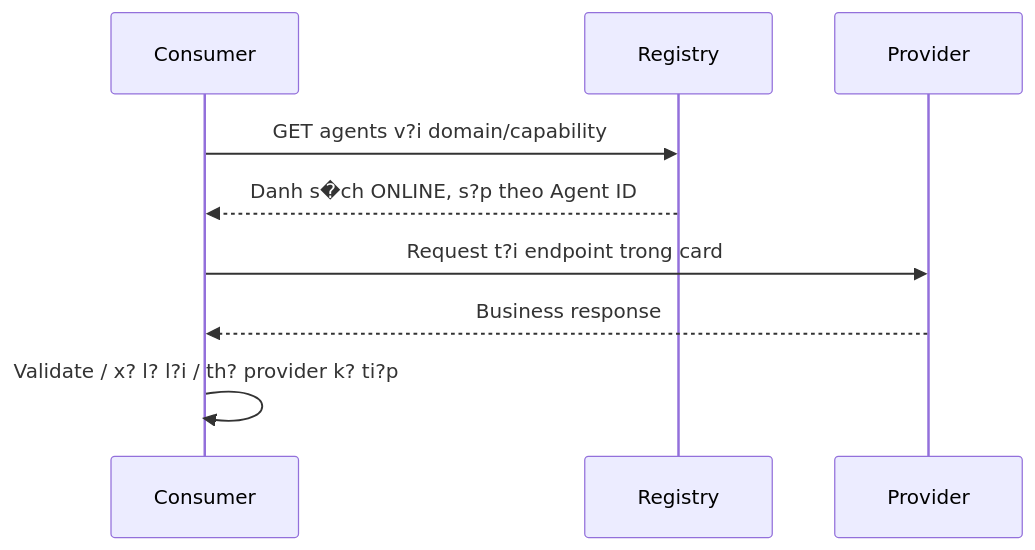
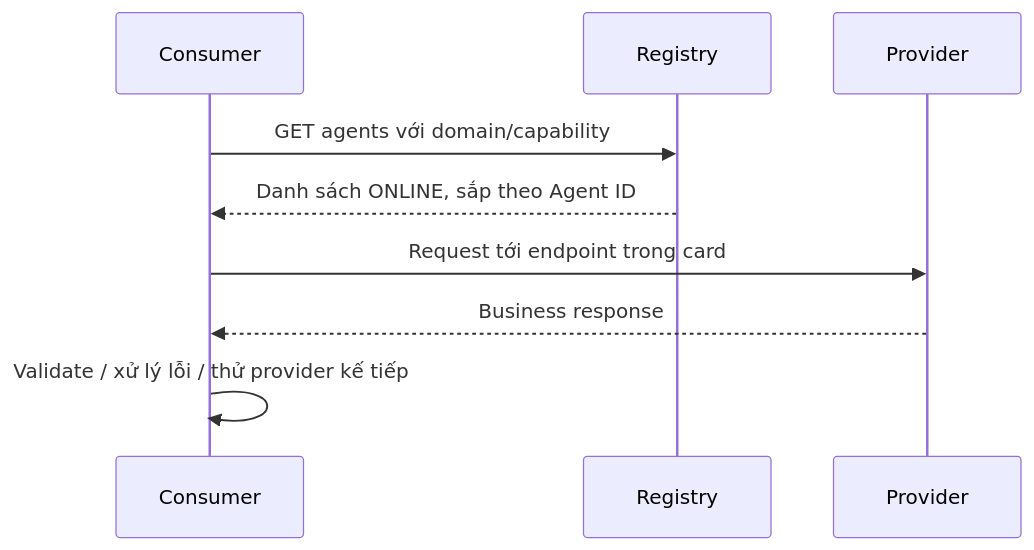
One commit to HPHind110/agent-registry changed the third of 4 diagrams in docs/architecture.md. Above: the diagram before and after it, drawn with Mermaid. The commit also changed other lines of this file and 5 other files, not shown here.

````diff
--- a/docs/architecture.md
+++ b/docs/architecture.md
@@ -99,11 +99,11 @@
 ```mermaid
 sequenceDiagram
     participant C as Consumer
     participant R as Registry
     participant P as Provider
-    C->>R: GET agents v?i domain/capability
-    R-->>C: Danh s�ch ONLINE, s?p theo Agent ID
-    C->>P: Request t?i endpoint trong card
+    C->>R: GET agents với domain/capability
+    R-->>C: Danh sách ONLINE, sắp theo Agent ID
+    C->>P: Request tới endpoint trong card
     P-->>C: Business response
-    C->>C: Validate / x? l? l?i / th? provider k? ti?p
+    C->>C: Validate / xử lý lỗi / thử provider kế tiếp
 ```
````
